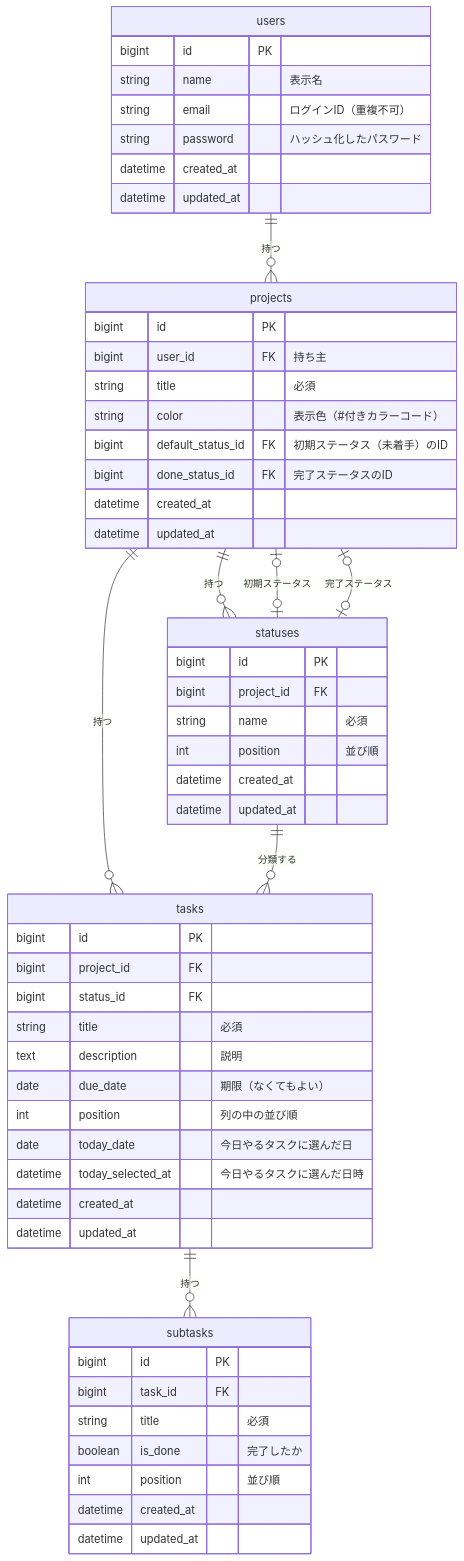
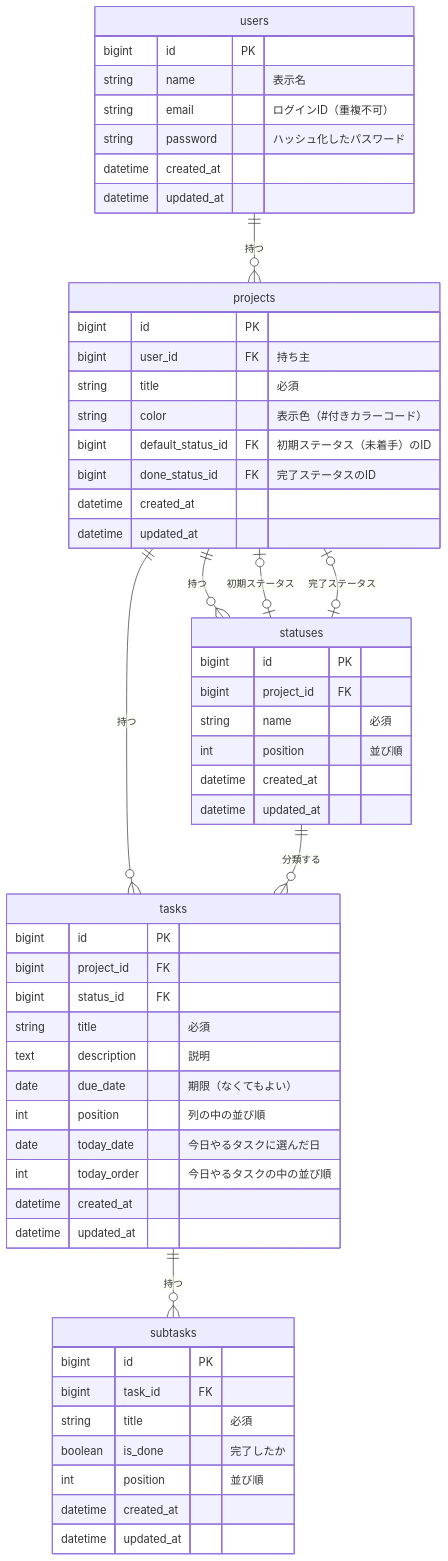
One commit to tonakaya77/TaskBoard changed the diagram in docs/database.md. Above: the diagram before and after it, drawn with Mermaid. The commit also changed other lines of this file and 3 other files, not shown here.

````diff
--- a/docs/database.md
+++ b/docs/database.md
@@ -7,59 +7,59 @@
 ```mermaid
 erDiagram
     users ||--o{ projects : "持つ"
     projects ||--o{ statuses : "持つ"
     projects |o--o| statuses : "初期ステータス"
     projects |o--o| statuses : "完了ステータス"
     projects ||--o{ tasks : "持つ"
     statuses ||--o{ tasks : "分類する"
     tasks ||--o{ subtasks : "持つ"
 
     users {
         bigint id PK
         string name "表示名"
         string email "ログインID（重複不可）"
         string password "ハッシュ化したパスワード"
         datetime created_at
         datetime updated_at
     }
     projects {
         bigint id PK
         bigint user_id FK "持ち主"
         string title "必須"
         string color "表示色（#付きカラーコード）"
         bigint default_status_id FK "初期ステータス（未着手）のID"
         bigint done_status_id FK "完了ステータスのID"
         datetime created_at
         datetime updated_at
     }
     statuses {
         bigint id PK
         bigint project_id FK
         string name "必須"
         int position "並び順"
         datetime created_at
         datetime updated_at
     }
     tasks {
         bigint id PK
         bigint project_id FK
         bigint status_id FK
         string title "必須"
         text description "説明"
         date due_date "期限（なくてもよい）"
         int position "列の中の並び順"
         date today_date "今日やるタスクに選んだ日"
-        datetime today_selected_at "今日やるタスクに選んだ日時"
+        int today_order "今日やるタスクの中の並び順"
         datetime created_at
         datetime updated_at
     }
     subtasks {
         bigint id PK
         bigint task_id FK
         string title "必須"
         boolean is_done "完了したか"
         int position "並び順"
         datetime created_at
         datetime updated_at
     }
 ```
````
